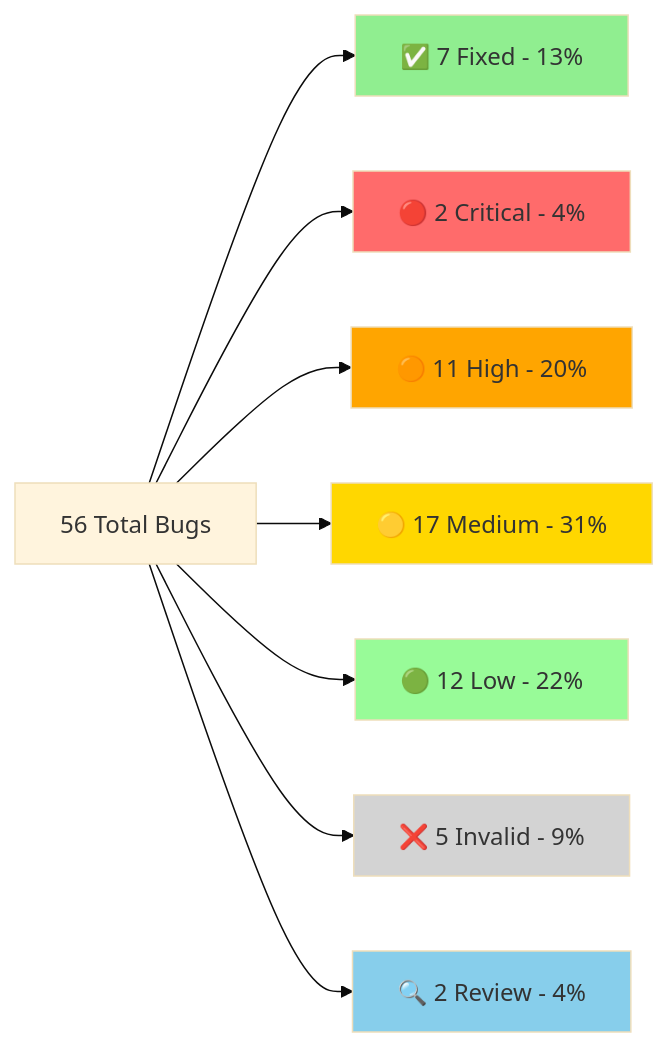
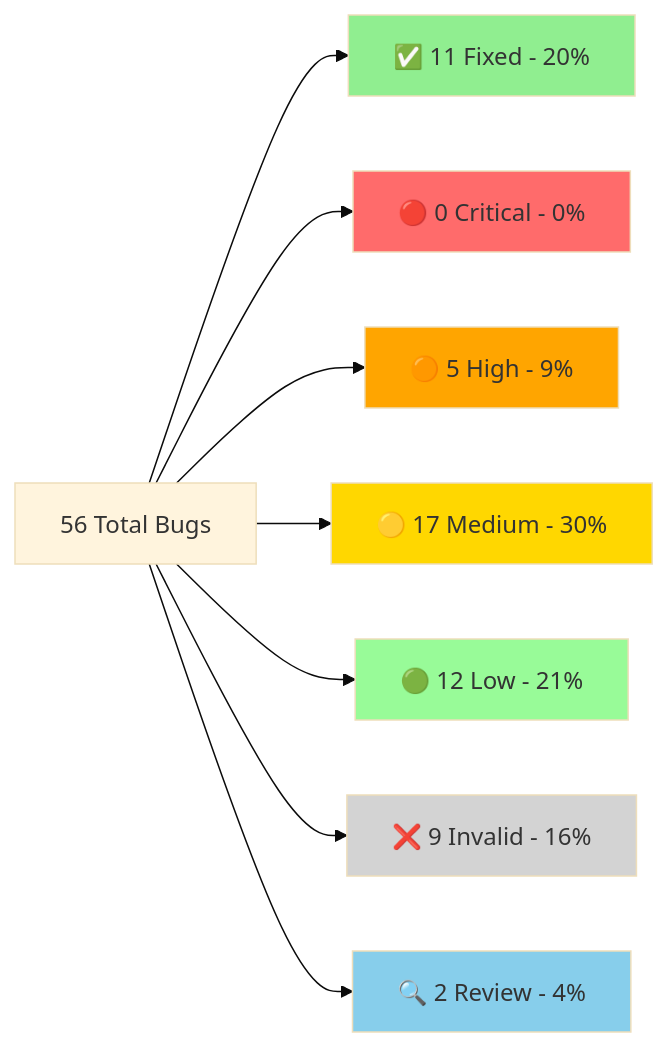
Before and after one commit to olevar2/Auj6: the second of 4 diagrams in docs/reports/COMPLETE_BUG_VERIFICATION_REPORT_NEW.md, drawn with Mermaid (base theme). The commit also changed other lines of this file and 25 other files, not shown here.

````diff
--- a/docs/reports/COMPLETE_BUG_VERIFICATION_REPORT_NEW.md
+++ b/docs/reports/COMPLETE_BUG_VERIFICATION_REPORT_NEW.md
@@ -668,18 +758,18 @@
 ```mermaid
 graph LR
-    A[56 Total Bugs] --> B[✅ 7 Fixed - 13%]
-    A --> C[🔴 2 Critical - 4%]
-    A --> D[🟠 11 High - 20%]
-    A --> E[🟡 17 Medium - 31%]
-    A --> F[🟢 12 Low - 22%]
-    A --> G[❌ 5 Invalid - 9%]
+    A[56 Total Bugs] --> B[✅ 11 Fixed - 20%]
+    A --> C[🔴 0 Critical - 0%]
+    A --> D[🟠 5 High - 9%]
+    A --> E[🟡 17 Medium - 30%]
+    A --> F[🟢 12 Low - 21%]
+    A --> G[❌ 9 Invalid - 16%]
     A --> H[🔍 2 Review - 4%]
     
     style B fill:#90EE90
     style C fill:#FF6B6B
     style D fill:#FFA500
     style E fill:#FFD700
     style F fill:#98FB98
     style G fill:#D3D3D3
     style H fill:#87CEEB
 ```
````
